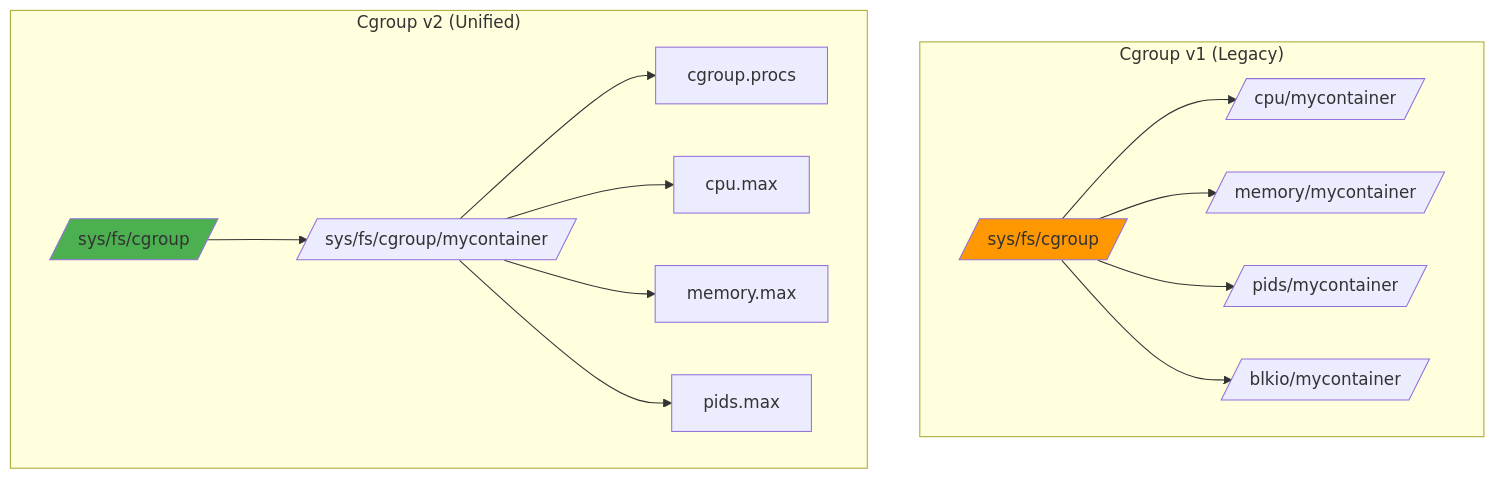
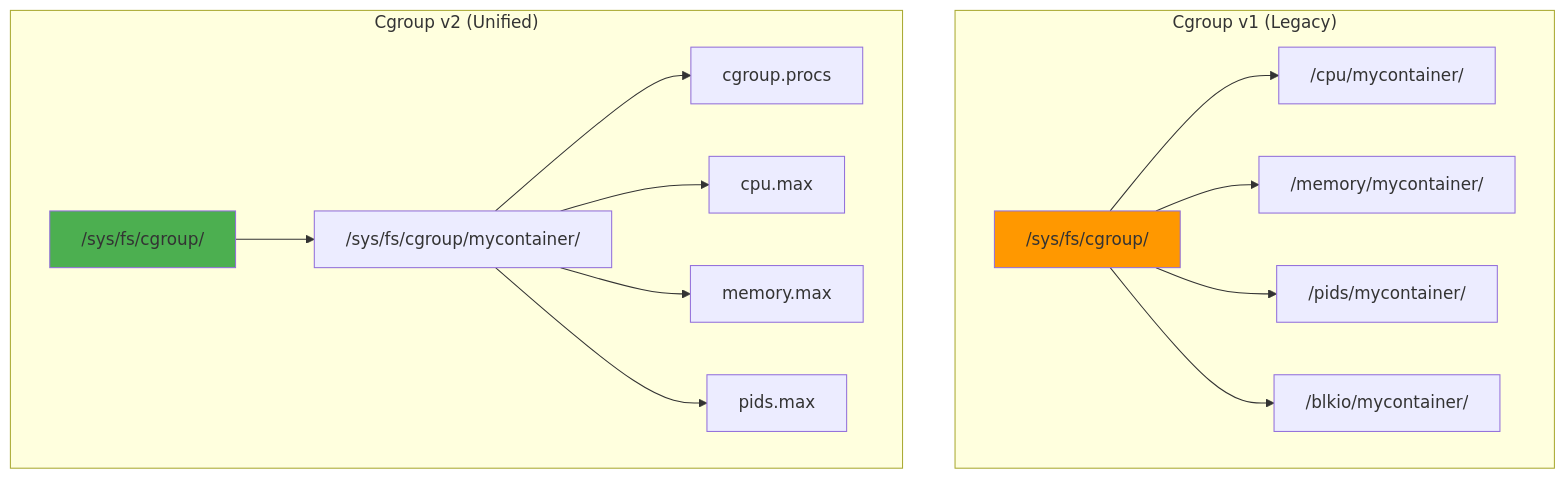
One commit to Abhinav-Kumar012/lb2 changed the seventh of 8 diagrams in src/containers/runtime-internals.md. Above: the diagram before and after it, drawn with Mermaid. The commit also changed other lines of this file and 71 other files, not shown here.

First line of the commit message:
fix: quote all mermaid labels with special chars

````diff
--- a/src/containers/runtime-internals.md
+++ b/src/containers/runtime-internals.md
@@ -760,33 +760,33 @@
 ```mermaid
 graph TB
     subgraph "Cgroup v1 (Legacy)"
-        V1_ROOT[/sys/fs/cgroup/]
-        V1_CPU[/cpu/mycontainer/]
-        V1_MEM[/memory/mycontainer/]
-        V1_PIDS[/pids/mycontainer/]
-        V1_BLKIO[/blkio/mycontainer/]
+        V1_ROOT["/sys/fs/cgroup/"]
+        V1_CPU["/cpu/mycontainer/"]
+        V1_MEM["/memory/mycontainer/"]
+        V1_PIDS["/pids/mycontainer/"]
+        V1_BLKIO["/blkio/mycontainer/"]
 
         V1_ROOT --> V1_CPU
         V1_ROOT --> V1_MEM
         V1_ROOT --> V1_PIDS
         V1_ROOT --> V1_BLKIO
     end
 
     subgraph "Cgroup v2 (Unified)"
-        V2_ROOT[/sys/fs/cgroup/]
-        V2_UNIFIED[/sys/fs/cgroup/mycontainer/]
+        V2_ROOT["/sys/fs/cgroup/"]
+        V2_UNIFIED["/sys/fs/cgroup/mycontainer/"]
         V2_PROCS[cgroup.procs]
         V2_CPU_MAX[cpu.max]
         V2_MEM_MAX[memory.max]
         V2_PIDS[pids.max]
 
         V2_ROOT --> V2_UNIFIED
         V2_UNIFIED --> V2_PROCS
         V2_UNIFIED --> V2_CPU_MAX
         V2_UNIFIED --> V2_MEM_MAX
         V2_UNIFIED --> V2_PIDS
     end
 
     style V1_ROOT fill:#FF9800
     style V2_ROOT fill:#4CAF50
 ```
````
